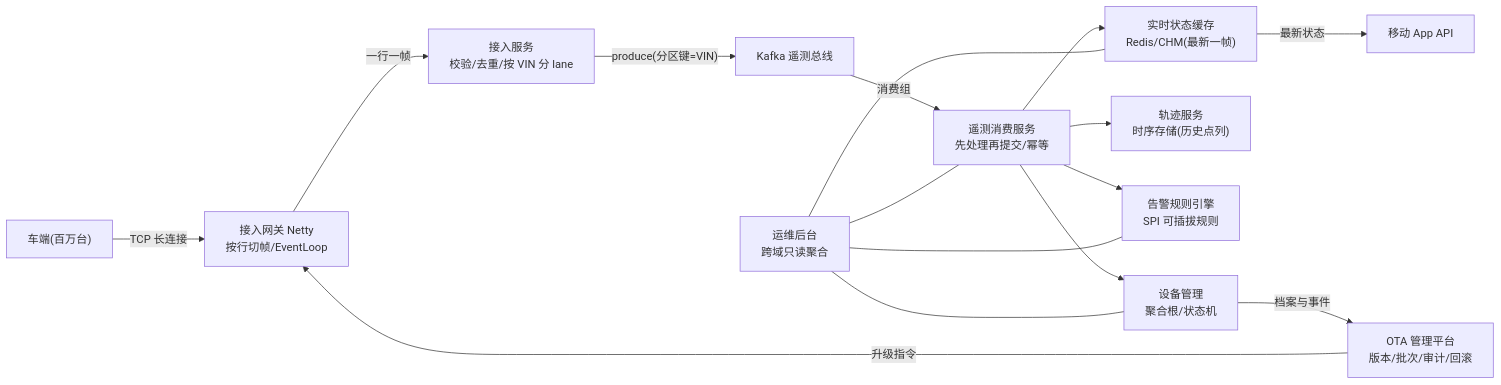
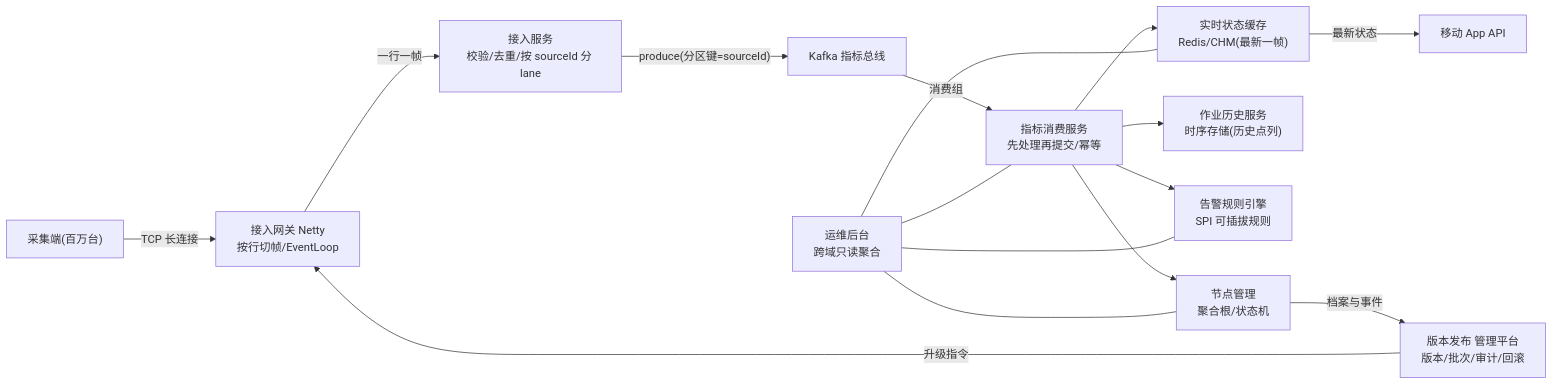
Before and after one commit to Mosslau/Mosaic: the diagram in languages/java/ph21-data-platform/21-data-platform.md, drawn with Mermaid. The commit also changed other lines of this file and 116 other files, not shown here.

````diff
--- a/languages/java/ph21-data-platform/21-data-platform.md
+++ b/languages/java/ph21-data-platform/21-data-platform.md
@@ -397,15 +397,15 @@
 ```mermaid
 flowchart LR
-    V["车端(百万台)"] -->|"TCP 长连接"| GW["接入网关 Netty<br/>按行切帧/EventLoop"]
-    GW -->|"一行一帧"| IN["接入服务<br/>校验/去重/按 VIN 分 lane"]
-    IN -->|"produce(分区键=VIN)"| K["Kafka 遥测总线"]
-    K -->|"消费组"| C["遥测消费服务<br/>先处理再提交/幂等"]
+    V["采集端(百万台)"] -->|"TCP 长连接"| GW["接入网关 Netty<br/>按行切帧/EventLoop"]
+    GW -->|"一行一帧"| IN["接入服务<br/>校验/去重/按 sourceId 分 lane"]
+    IN -->|"produce(分区键=sourceId)"| K["Kafka 指标总线"]
+    K -->|"消费组"| C["指标消费服务<br/>先处理再提交/幂等"]
     C --> S["实时状态缓存<br/>Redis/CHM(最新一帧)"]
-    C --> T["轨迹服务<br/>时序存储(历史点列)"]
+    C --> T["作业历史服务<br/>时序存储(历史点列)"]
     C --> A["告警规则引擎<br/>SPI 可插拔规则"]
     S -->|"最新状态"| M["移动 App API"]
-    O["OTA 管理平台<br/>版本/批次/审计/回滚"] -->|"升级指令"| GW
-    D["设备管理<br/>聚合根/状态机"] -->|"档案与事件"| O
+    O["版本发布 管理平台<br/>版本/批次/审计/回滚"] -->|"升级指令"| GW
+    D["节点管理<br/>聚合根/状态机"] -->|"档案与事件"| O
     C --> D
     OPS["运维后台<br/>跨域只读聚合"] --- S & A & D & C
 ```
````
